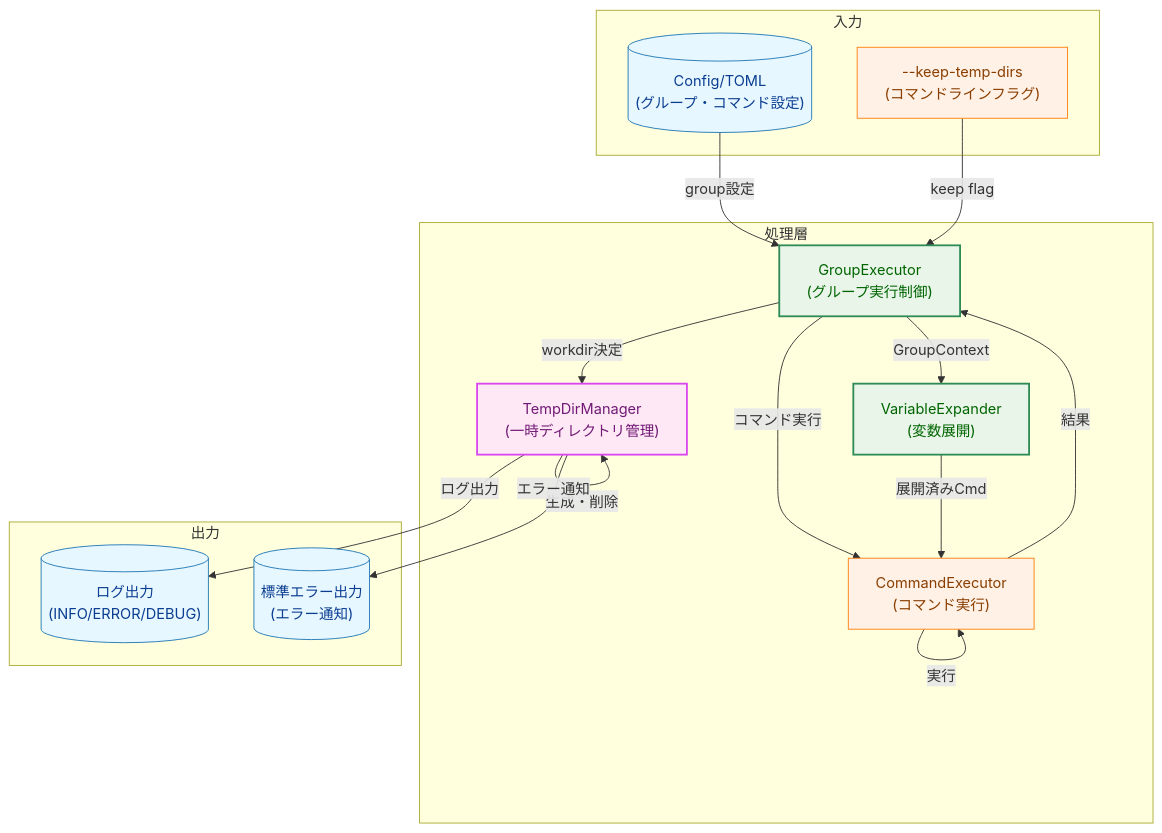
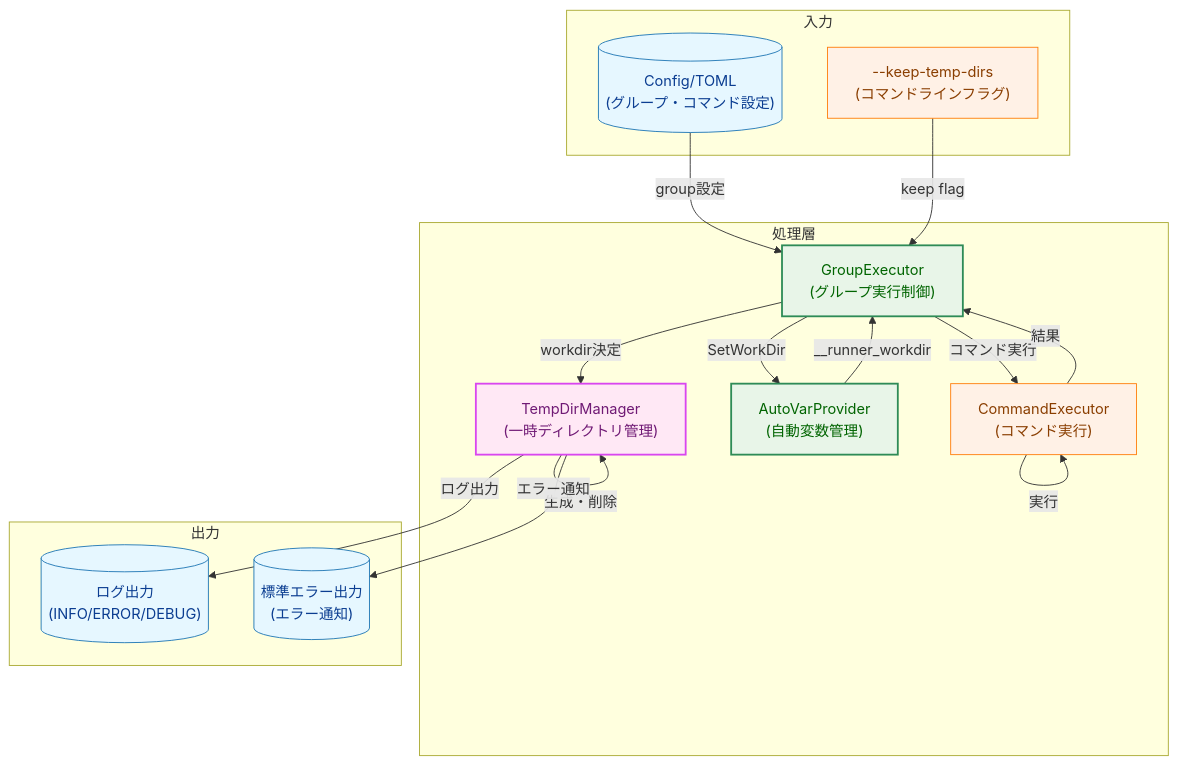
The ninth of 11 diagrams in docs/tasks/0034_workdir_redesign/02_architecture.md (isseis/go-safe-cmd-runner), drawn with Mermaid before and after one commit. The commit also changed other lines of this file, not shown here.

First line of the commit message:
Refactor workdir design docs to use AutoVarProvider for __runner_workdir

````diff
--- a/docs/tasks/0034_workdir_redesign/02_architecture.md
+++ b/docs/tasks/0034_workdir_redesign/02_architecture.md
@@ -676,45 +692,44 @@
 ```mermaid
 graph TB
     classDef data fill:#e6f7ff,stroke:#1f77b4,stroke-width:1px,color:#0b3d91;
     classDef existing fill:#fff1e6,stroke:#ff7f0e,stroke-width:1px,color:#8a3e00;
     classDef enhanced fill:#e8f5e8,stroke:#2e8b57,stroke-width:2px,color:#006400;
     classDef new fill:#ffe8f5,stroke:#d946ef,stroke-width:2px,color:#701a75;
 
     subgraph InputLayer["入力"]
         Config[("Config/TOML<br/>(グループ・コマンド設定)")]
         Flag["--keep-temp-dirs<br/>(コマンドラインフラグ)"]
     end
 
     subgraph ProcessLayer["処理層"]
         GE["GroupExecutor<br/>(グループ実行制御)"]
         TDM["TempDirManager<br/>(一時ディレクトリ管理)"]
-        VE["VariableExpander<br/>(変数展開)"]
+        AVP["AutoVarProvider<br/>(自動変数管理)"]
         CE["CommandExecutor<br/>(コマンド実行)"]
     end
 
     subgraph OutputLayer["出力"]
         Log[("ログ出力<br/>(INFO/ERROR/DEBUG)")]
         Stderr[("標準エラー出力<br/>(エラー通知)")]
     end
 
     Config -->|group設定| GE
     Flag -->|keep flag| GE
 
     GE -->|workdir決定| TDM
-    GE -->|GroupContext| VE
+    GE -->|SetWorkDir| AVP
+    AVP -->|__runner_workdir| GE
     GE -->|コマンド実行| CE
 
     TDM -->|生成・削除| TDM
     TDM -->|ログ出力| Log
     TDM -->|エラー通知| Stderr
 
-    VE -->|展開済みCmd| CE
-
     CE -->|実行| CE
     CE -->|結果| GE
 
     class Config,Log,Stderr data;
     class Flag,CE existing;
-    class GE,VE enhanced;
+    class GE,AVP enhanced;
     class TDM new;
 ```
````
